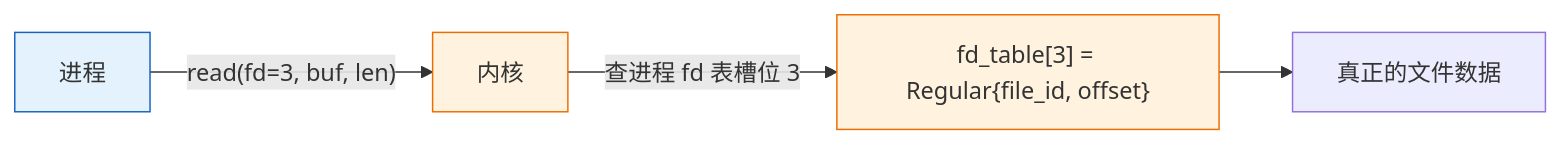
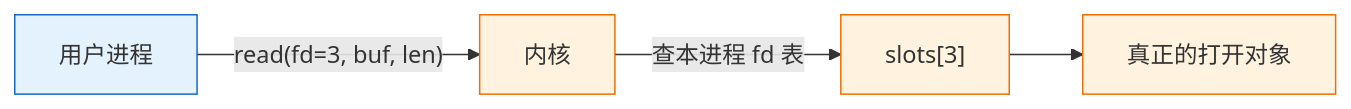
Before and after one commit to AM-SuSh/EVOLVE: the first of 4 diagrams in os-lab/labs/lab5-fs-and-sync.md, drawn with Mermaid. The commit also changed other lines of this file and 23 other files, not shown here.

````diff
--- a/os-lab/labs/lab5-fs-and-sync.md
+++ b/os-lab/labs/lab5-fs-and-sync.md
@@ -53,11 +51,11 @@
 ```mermaid
 graph LR
-    P["进程"] -->|"read(fd=3, buf, len)"| K["内核"]
-    K -->|"查进程 fd 表槽位 3"| T["fd_table[3] = Regular{file_id, offset}"]
-    T --> F["真正的文件数据"]
+    P["用户进程"] -->|"read(fd=3, buf, len)"| K["内核"]
+    K -->|"查本进程 fd 表"| T["slots[3]"]
+    T --> F["真正的打开对象"]
 
     classDef proc fill:#e3f2fd,stroke:#1565c0;
     classDef kern fill:#fff3e0,stroke:#ef6c00;
     class P proc;
-    class K,T kern;
+    class K,T,F kern;
 ```
````
